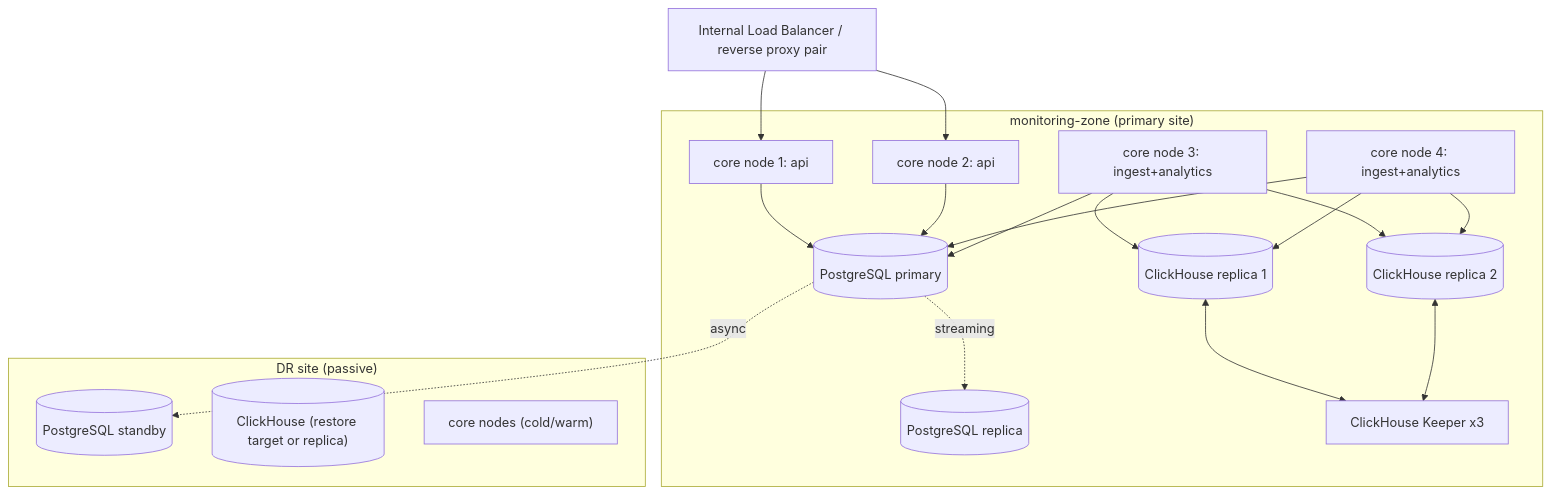
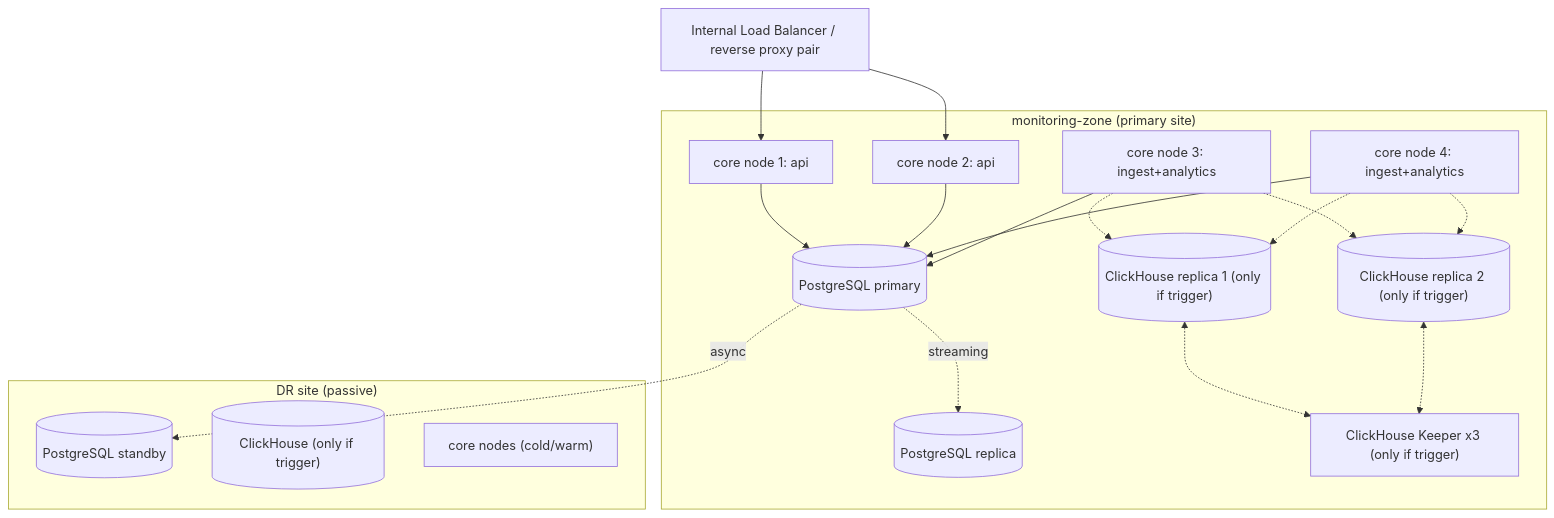
One commit to navy1919/IssabelMonitoring changed the second of 3 diagrams in docs/operations/deployment-and-runbooks.md. Above: the diagram before and after it, drawn with Mermaid. The commit also changed other lines of this file and 46 other files, not shown here.

````diff
--- a/docs/operations/deployment-and-runbooks.md
+++ b/docs/operations/deployment-and-runbooks.md
@@ -52,27 +71,27 @@
 ```mermaid
 flowchart TB
   LB["Internal Load Balancer / reverse proxy pair"]
   subgraph MZ["monitoring-zone (primary site)"]
     A1["core node 1: api"]
     A2["core node 2: api"]
     I1["core node 3: ingest+analytics"]
     I2["core node 4: ingest+analytics"]
     PGP[("PostgreSQL primary")]
     PGR[("PostgreSQL replica")]
-    CH1[("ClickHouse replica 1")]
-    CH2[("ClickHouse replica 2")]
-    K["ClickHouse Keeper x3"]
+    CH1[("ClickHouse replica 1 (only if trigger)")]
+    CH2[("ClickHouse replica 2 (only if trigger)")]
+    K["ClickHouse Keeper x3 (only if trigger)"]
   end
   LB --> A1 & A2
   A1 & A2 & I1 & I2 --> PGP
   PGP -. streaming .-> PGR
-  I1 & I2 --> CH1 & CH2
-  CH1 <--> K
-  CH2 <--> K
+  I1 & I2 -.-> CH1 & CH2
+  CH1 <-.-> K
+  CH2 <-.-> K
   subgraph DR["DR site (passive)"]
     PGD[("PostgreSQL standby")]
-    CHD[("ClickHouse (restore target or replica)")]
+    CHD[("ClickHouse (only if trigger)")]
     COLD["core nodes (cold/warm)"]
   end
   PGP -. async .-> PGD
 ```
````
